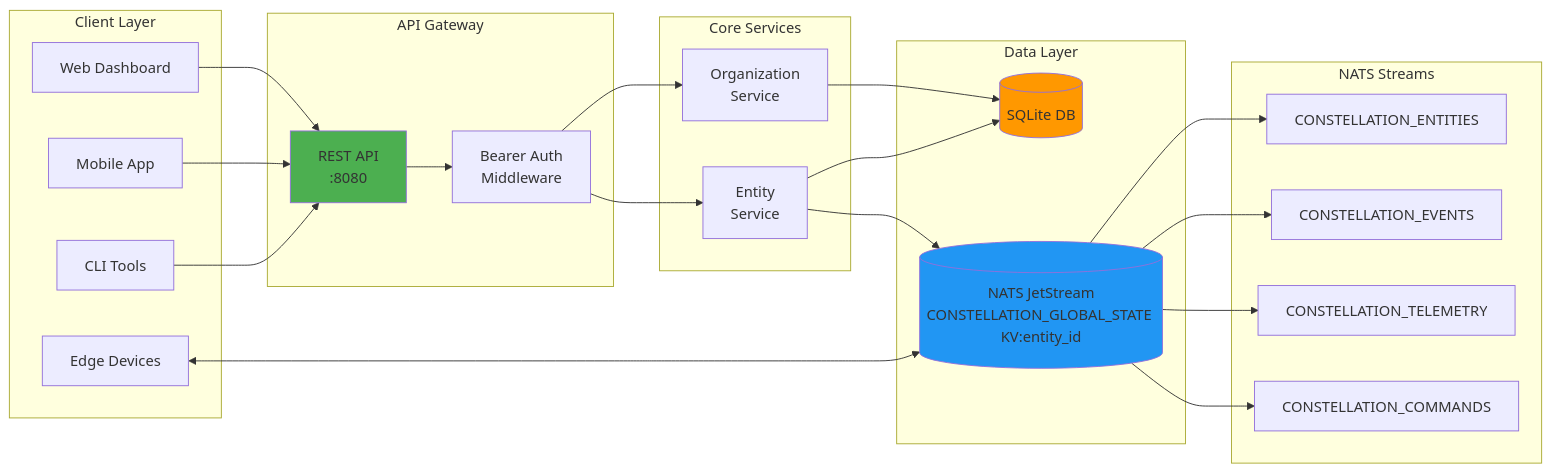
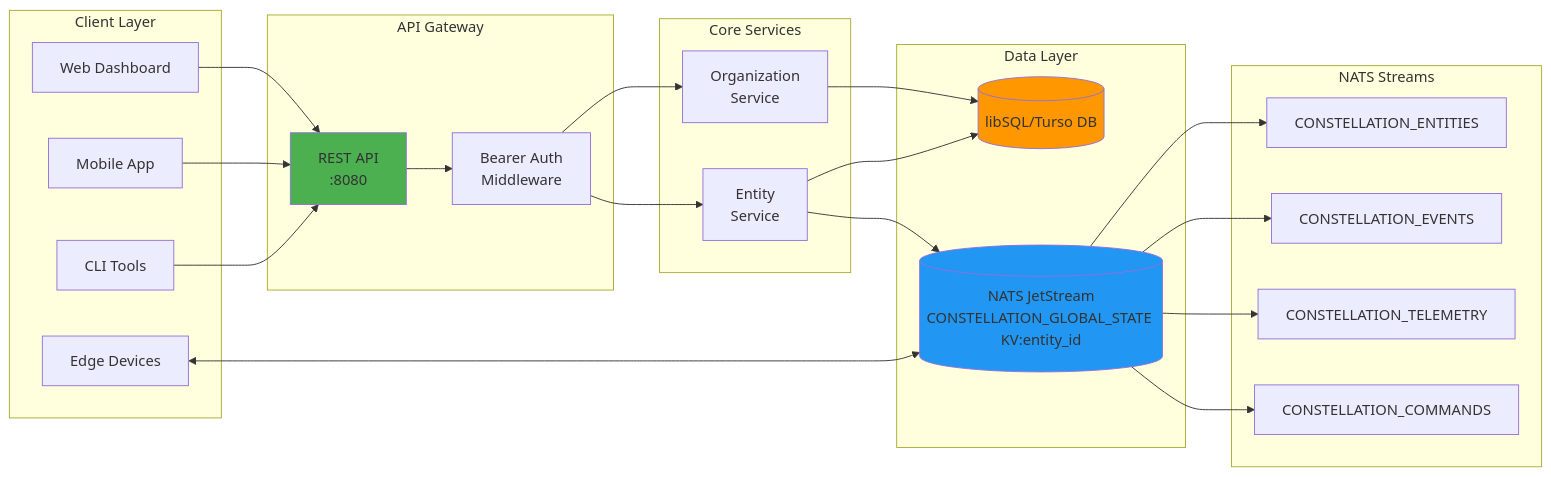
One commit to xznhj8129/constellation-overwatch changed the first of 2 diagrams in README.md. Above: the diagram before and after it, drawn with Mermaid. The commit also changed other lines of this file, not shown here.

Commit message:
design: update data flow

````diff
--- a/README.md
+++ b/README.md
@@ -59,43 +59,43 @@
 ```mermaid
 graph LR
     subgraph "Client Layer"
         C1[Web Dashboard]
         C2[Mobile App]
         C3[CLI Tools]
         C4[Edge Devices]
     end
     
     subgraph "API Gateway"
         API[REST API<br/>:8080]
         AUTH[Bearer Auth<br/>Middleware]
     end
     
     subgraph "Core Services"
         OS[Organization<br/>Service]
         ES[Entity<br/>Service]
     end
     
     subgraph "Data Layer"
-        DB[(SQLite DB)]
+        DB[(libSQL/Turso DB)]
         NATS[(NATS JetStream<br/>CONSTELLATION_GLOBAL_STATE KV:entity_id)]
     end
     
     subgraph "NATS Streams"
         S1[CONSTELLATION_ENTITIES]
         S2[CONSTELLATION_EVENTS]
         S3[CONSTELLATION_TELEMETRY]
         S4[CONSTELLATION_COMMANDS]
     end
     
     C1 & C2 & C3 --> API
     C4 <--> NATS
     API --> AUTH
     AUTH --> OS & ES
     OS & ES --> DB
     ES --> NATS
     NATS --> S1 & S2 & S3 & S4
     
     style API fill:#4CAF50
     style NATS fill:#2196F3
     style DB fill:#FF9800
 ```
````
